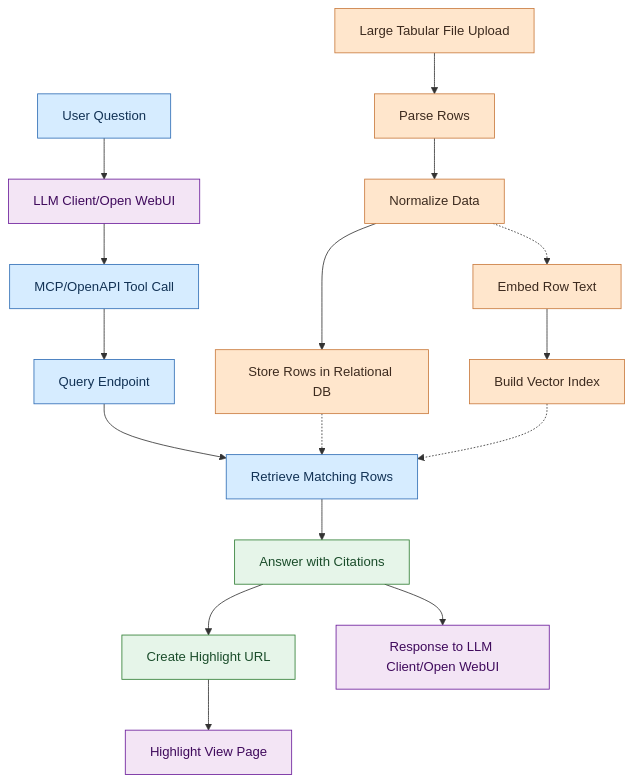
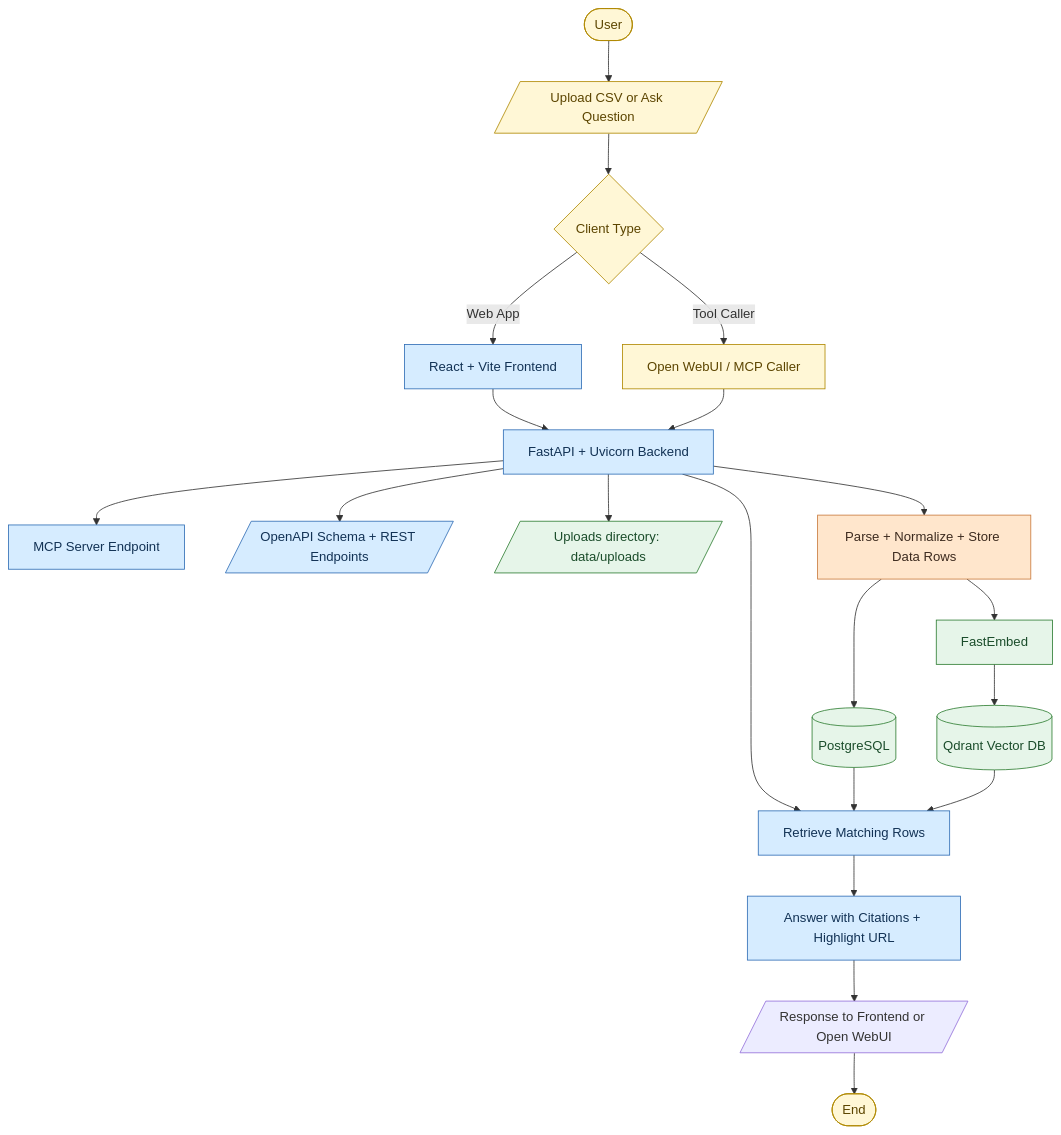
One commit to msamanthaf/TabulaRAG changed the diagram in README.md. Above: the diagram before and after it, drawn with Mermaid.

Commit message:
Update architecture diagram in README

````diff
--- a/README.md
+++ b/README.md
@@ -80,30 +80,39 @@
 ```mermaid
-graph TD
-  A[Large Tabular File Upload] --> B[Parse Rows]
-  B --> C[Normalize Data]
-  C --> D[Store Rows in Relational DB]
-  C -.-> E[Embed Row Text]
-  E --> F[Build Vector Index]
+flowchart TD
+  U([User]) --> IN[/"Upload CSV or Ask Question"/]
+  IN --> C{Client Type}
+  C -->|Web App| FE["React + Vite Frontend"]
+  C -->|Tool Caller| OW[Open WebUI / MCP Caller]
 
-  Q[User Question] --> W[LLM Client/Open WebUI]
-  W --> M[MCP/OpenAPI Tool Call]
-  M --> N[Query Endpoint]
-  N --> R[Retrieve Matching Rows]
-  D -.-> R
-  F -.-> R
-  R --> H[Answer with Citations]
-  H --> U[Create Highlight URL]
-  H --> O[Response to LLM Client/Open WebUI]
-  U --> L[Highlight View Page]
+  FE --> API["FastAPI + Uvicorn Backend"]
+  OW --> API
 
-  classDef ingest fill:#FFE6CC,stroke:#C97A3D,color:#3D2B1F;
-  classDef retrieval fill:#D6ECFF,stroke:#2F6DB5,color:#123255;
-  classDef answer fill:#E6F5E9,stroke:#2E7D32,color:#1B4D2B;
-  classDef ui fill:#F3E5F5,stroke:#6A1B9A,color:#3F0A5C;
+  API --> MCP[MCP Server Endpoint]
+  API --> OAPI[/"OpenAPI Schema + REST Endpoints"/]
+  API --> FS[/"Uploads directory: data/uploads"/]
 
-  class A,B,C,D,E,F ingest;
-  class Q,M,N,R retrieval;
-  class H,U answer;
-  class W,L,O ui;
+  API --> ING["Parse + Normalize + Store Data Rows"]
+  ING --> DB[(PostgreSQL)]
+  ING --> EMB[FastEmbed]
+  EMB --> VDB[(Qdrant Vector DB)]
+
+  API --> RET[Retrieve Matching Rows]
+  DB --> RET
+  VDB --> RET
+
+  RET --> ANS["Answer with Citations + Highlight URL"]
+  ANS --> OUT[/"Response to Frontend or Open WebUI"/]
+  OUT --> END([End])
+
+  classDef term fill:#FFF7D6,stroke:#B08900,color:#5C4500;
+  classDef user fill:#F3E5F5,stroke:#6A1B9A,color:#3F0A5C;
+  classDef api fill:#D6ECFF,stroke:#2F6DB5,color:#123255;
+  classDef data fill:#E6F5E9,stroke:#2E7D32,color:#1B4D2B;
+  classDef infra fill:#FFE6CC,stroke:#C97A3D,color:#3D2B1F;
+
+  class U,IN,C,OW,END term;
+  class FE,API,MCP,OAPI,RET,ANS api;
+  class DB,VDB,FS,EMB data;
+  class ING infra;
 
 ```
````
